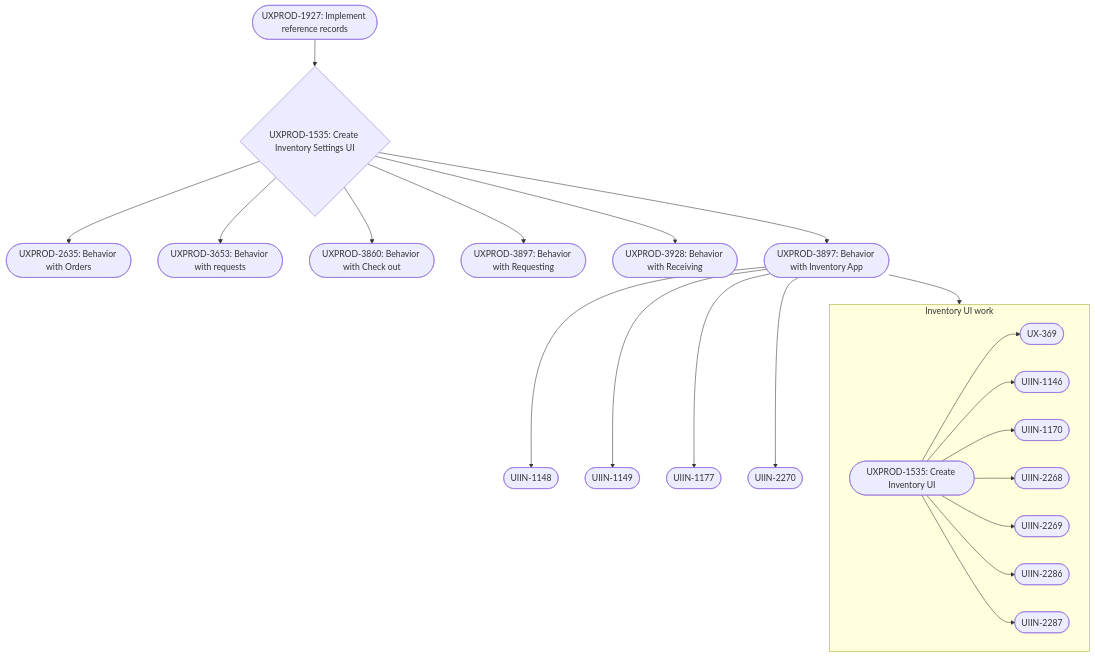
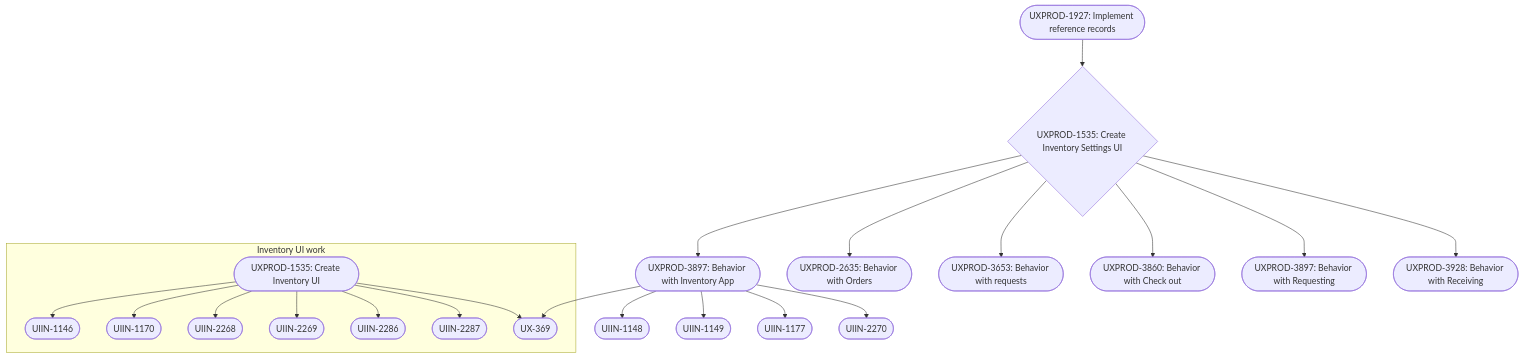
The diagram in item-status.md (enettifee/enettifee.github.io), drawn with Mermaid before and after one commit.

````diff
--- a/item-status.md
+++ b/item-status.md
@@ -1,21 +1,19 @@
 ```mermaid
 
 
 flowchart TD
 	id1([UXPROD-1927: Implement reference records]) --> id2{UXPROD-1535: Create Inventory Settings UI}
-	id2 --> id3([UXPROD-2635: Behavior with Orders]) & id4([UXPROD-3653: Behavior with requests]) & id5([UXPROD-3860: Behavior with Check out]) & id6([UXPROD-3897: Behavior with Requesting]) & id7([UXPROD-3928: Behavior with Receiving]) & id8([UXPROD-3897: Behavior with Inventory App])
-	
+	id2 --> id8([UXPROD-3897: Behavior with Inventory App]) & id3([UXPROD-2635: Behavior with Orders]) & id4([UXPROD-3653: Behavior with requests]) & id5([UXPROD-3860: Behavior with Check out]) & id6([UXPROD-3897: Behavior with Requesting]) & id7([UXPROD-3928: Behavior with Receiving])
 	id8 --> id9([UIIN-1148]) & id10([UIIN-1149]) & id11([UIIN-1177]) & id12([UIIN-2270]) & id127
 
 	
 
 	subgraph "Inventory UI work"
-	direction LR
 	id120([UXPROD-1535: Create Inventory UI]) --> id121([UIIN-1146]) & id122([UIIN-1170]) & id123([UIIN-2268]) & id124([UIIN-2269]) & id125([UIIN-2286]) & id126([UIIN-2287]) & id127([UX-369])
 	end
 
 %%	subgraph "To be decided"
 %%	id8([Serials behavior])
 %%	end	
 
 ```
````
